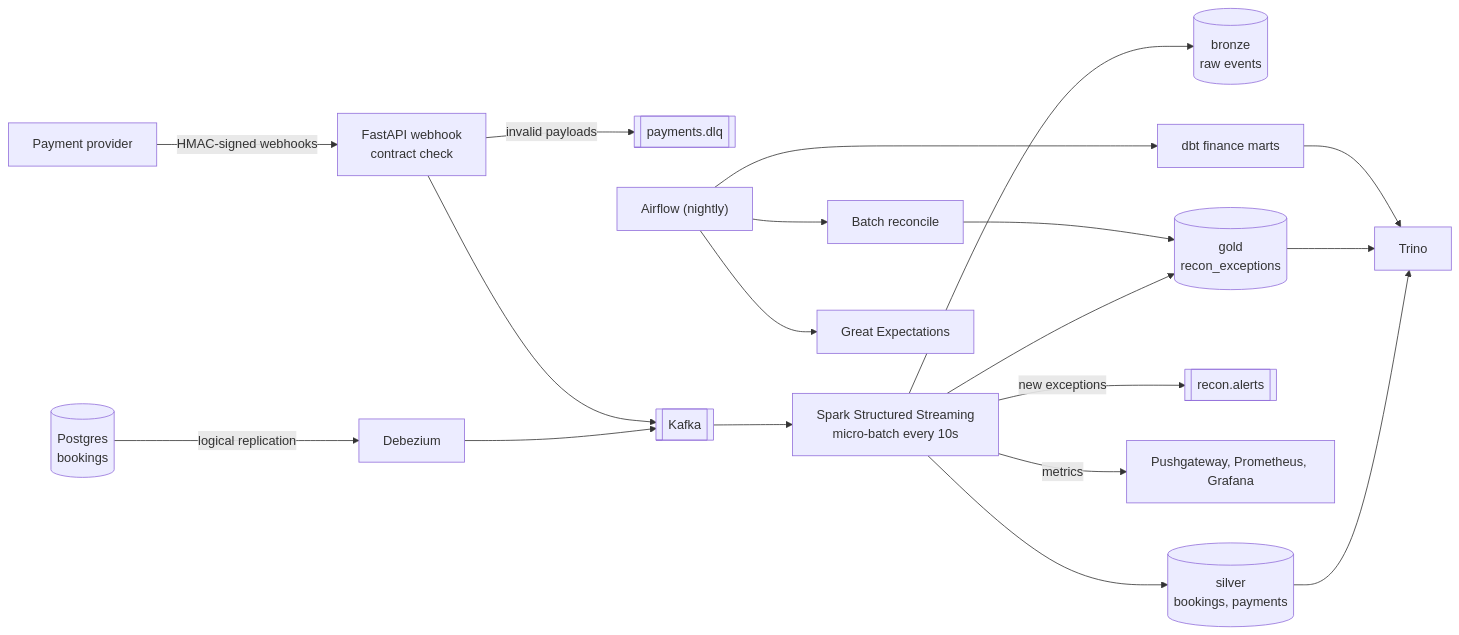
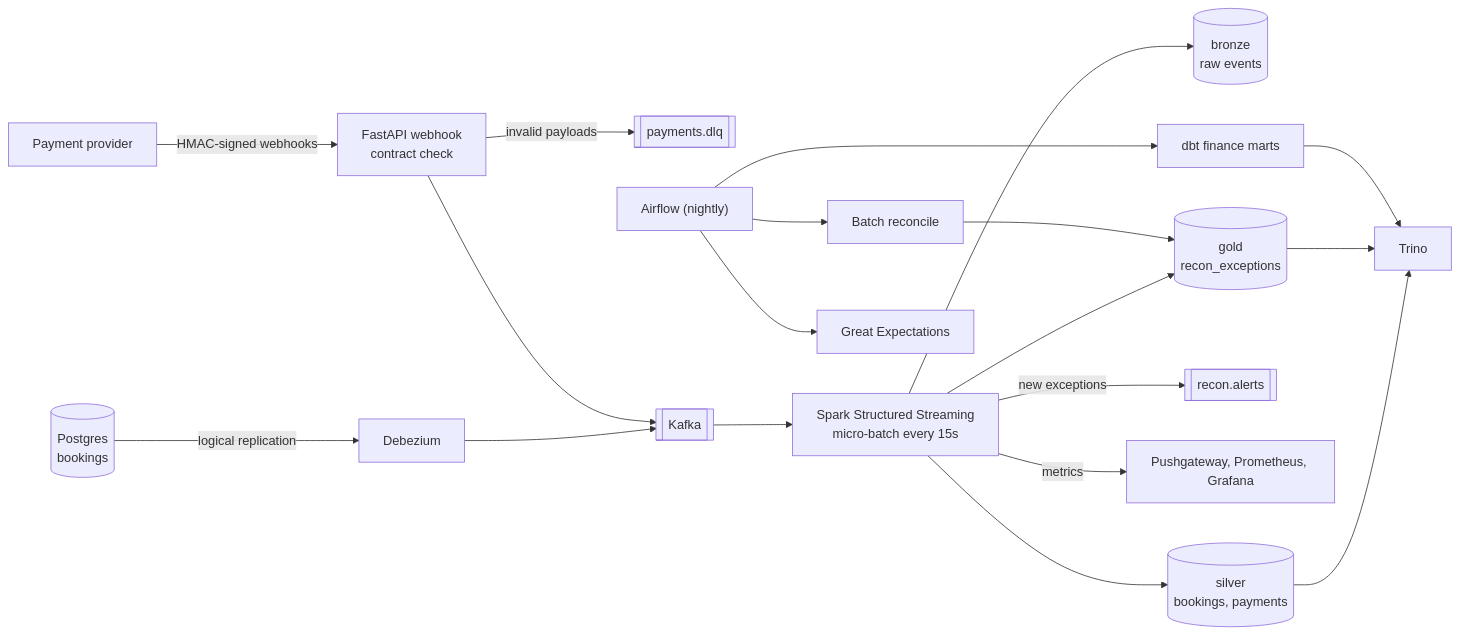
The diagram in README.md (Akrammujtaba/reconstream), drawn with Mermaid before and after one commit. The commit also changed other lines of this file and 7 other files, not shown here.

First line of the commit message:
Keep streaming batch time flat as tables grow

````diff
--- a/README.md
+++ b/README.md
@@ -39,20 +39,20 @@
 ```mermaid
 flowchart LR
     PG[("Postgres<br/>bookings")] -- "logical replication" --> DBZ["Debezium"]
     PSP["Payment provider"] -- "HMAC-signed webhooks" --> WH["FastAPI webhook<br/>contract check"]
     WH -- "invalid payloads" --> DLQ[["payments.dlq"]]
     DBZ --> K[["Kafka"]]
     WH --> K
-    K --> SS["Spark Structured Streaming<br/>micro-batch every 10s"]
+    K --> SS["Spark Structured Streaming<br/>micro-batch every 15s"]
     SS --> BR[("bronze<br/>raw events")]
     SS --> SV[("silver<br/>bookings, payments")]
     SS --> GD[("gold<br/>recon_exceptions")]
     SS -- "new exceptions" --> AL[["recon.alerts"]]
     SS -- "metrics" --> PROM["Pushgateway, Prometheus, Grafana"]
     AF["Airflow (nightly)"] --> BATCH["Batch reconcile"] --> GD
     AF --> GX["Great Expectations"]
     AF --> DBT["dbt finance marts"]
     SV --> TR["Trino"]
     GD --> TR
     DBT --> TR
 ```
````
